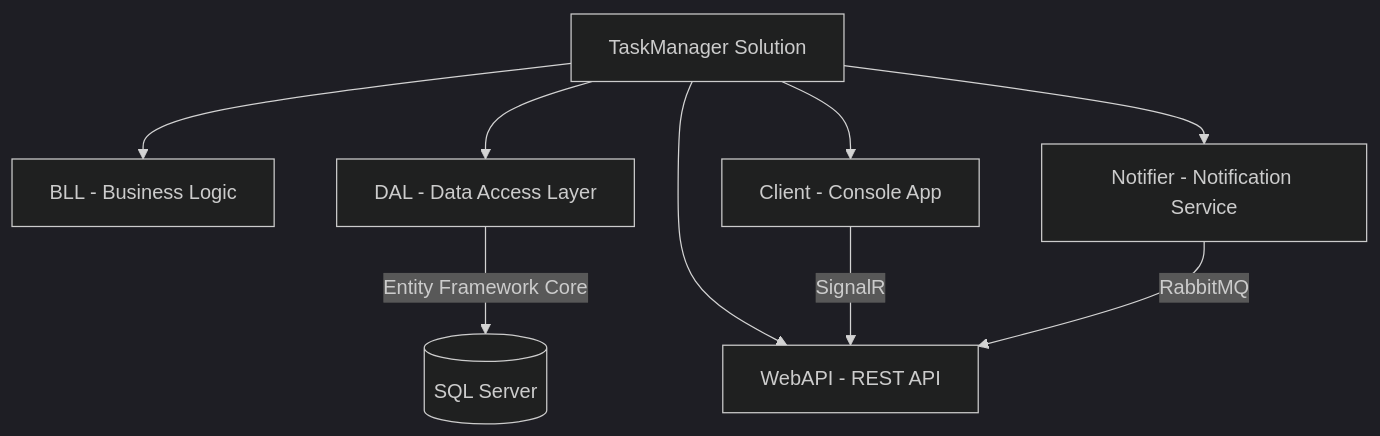
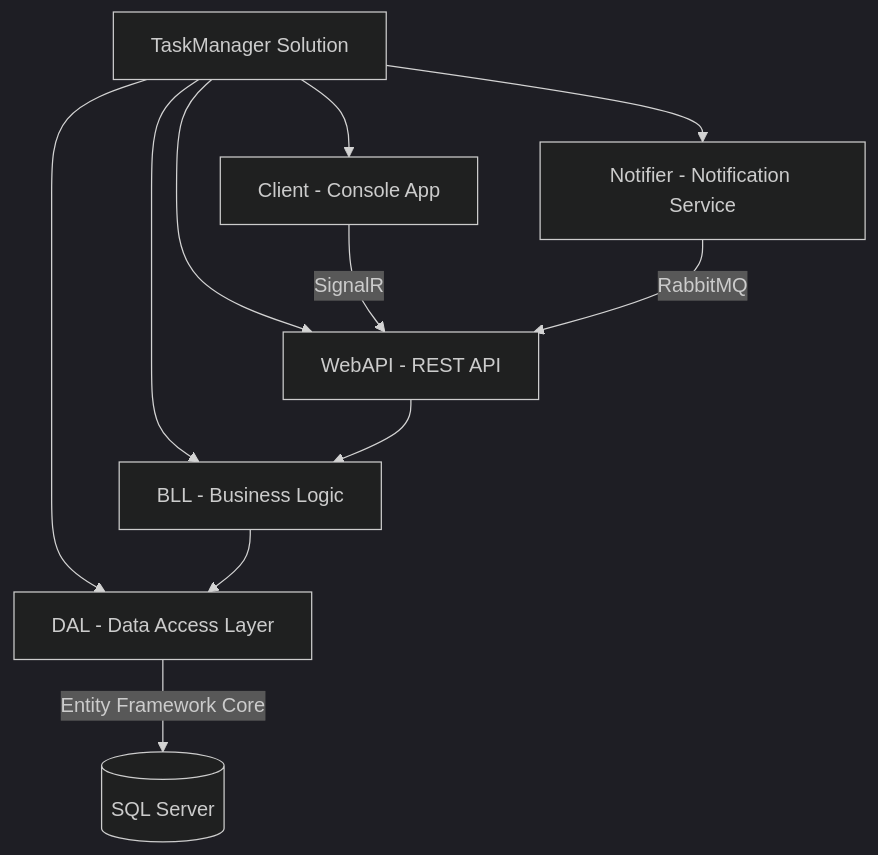
One commit to serhiiyasenev/TaskManager changed the first of 2 diagrams in README.md. Above: the diagram before and after it, drawn with Mermaid (dark theme).

````diff
--- a/README.md
+++ b/README.md
@@ -40,12 +40,14 @@
 ```mermaid
 graph TD
-    A[TaskManager Solution] --> B[BLL - Business Logic]
+	A[TaskManager Solution] --> B[BLL - Business Logic]
     A --> C[DAL - Data Access Layer]
     A --> D[WebAPI - REST API]
     A --> E[Client - Console App]
     A --> F[Notifier - Notification Service]
 
+    B --> C
+    D --> B
     C -->|Entity Framework Core| DB[(SQL Server)]
     E -->|SignalR| D
     F -->|RabbitMQ| D
 ```
````
